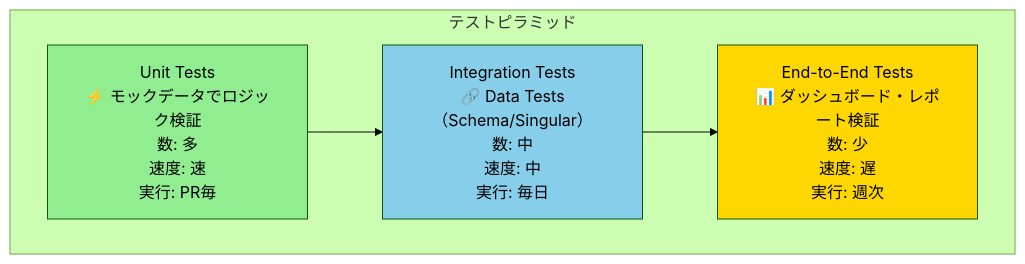
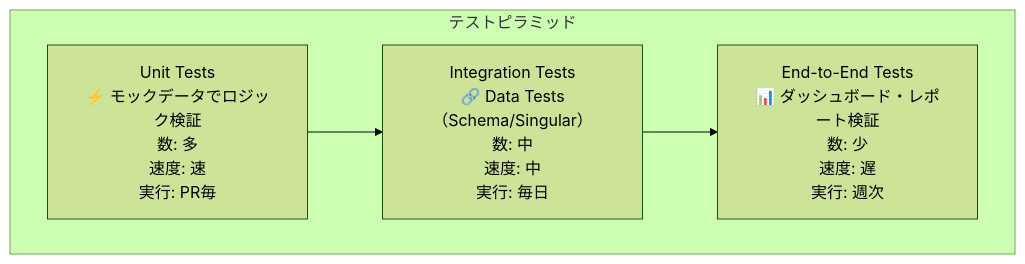
The fifth of 8 diagrams in content/Tech/dbt/categories/testing-config.md (1210yuichi0/1210yuichi0.github.io), drawn with Mermaid (forest theme) before and after one commit. The commit also changed other lines of this file and 22 other files, not shown here.

First line of the commit message:
style: remove Mermaid style directives for dark mode compatibility

````diff
--- a/content/Tech/dbt/categories/testing-config.md
+++ b/content/Tech/dbt/categories/testing-config.md
@@ -1103,15 +1087,12 @@
 ```mermaid
 flowchart TB
     subgraph "テストピラミッド"
         E2E[End-to-End Tests<br/>📊 ダッシュボード・レポート検証<br/>数: 少<br/>速度: 遅<br/>実行: 週次]
         Integration[Integration Tests<br/>🔗 Data Tests（Schema/Singular）<br/>数: 中<br/>速度: 中<br/>実行: 毎日]
         Unit[Unit Tests<br/>⚡ モックデータでロジック検証<br/>数: 多<br/>速度: 速<br/>実行: PR毎]
     end
 
     Unit --> Integration
     Integration --> E2E
 
-    style Unit fill:#90EE90
-    style Integration fill:#87CEEB
-    style E2E fill:#FFD700
 ```
````
